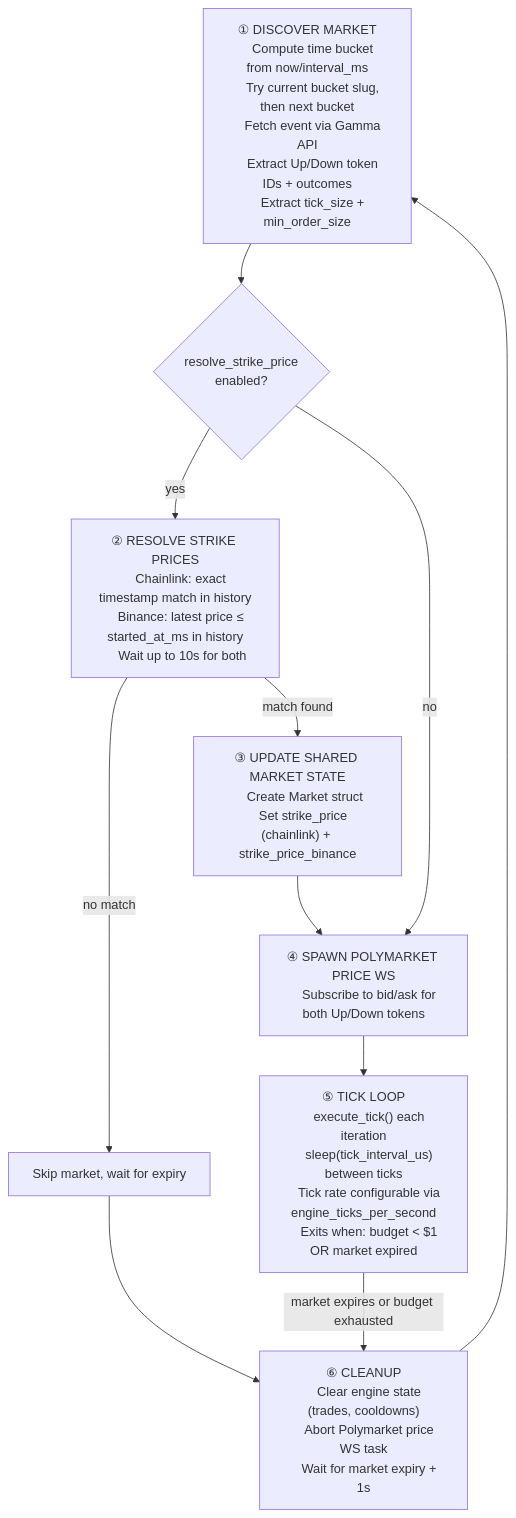
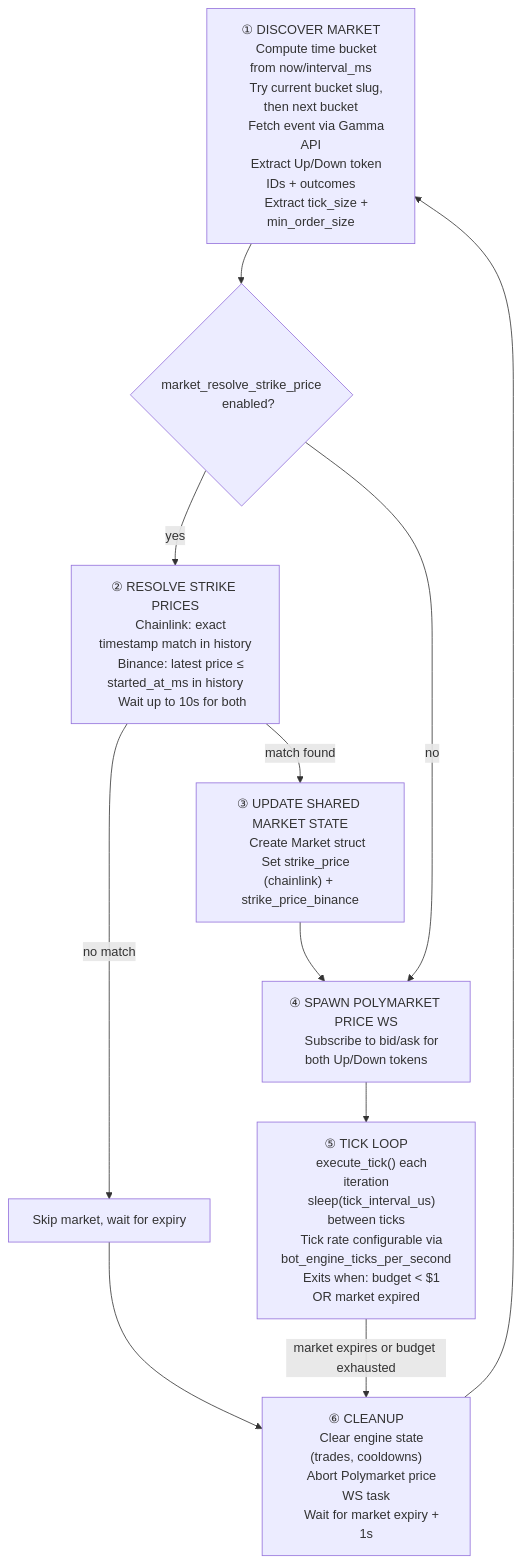
Before and after one commit to bbono/serekes: the second of 3 diagrams in docs/WORKFLOW.md, drawn with Mermaid. The commit also changed other lines of this file and 1 other file, not shown here.

````diff
--- a/docs/WORKFLOW.md
+++ b/docs/WORKFLOW.md
@@ -40,46 +45,46 @@
 ```mermaid
 flowchart TD
     S1["① DISCOVER MARKET
     Compute time bucket from now/interval_ms
     Try current bucket slug, then next bucket
     Fetch event via Gamma API
     Extract Up/Down token IDs + outcomes
     Extract tick_size + min_order_size"]
 
-    S2{"resolve_strike_price
+    S2{"market_resolve_strike_price
     enabled?"}
 
     S2a["② RESOLVE STRIKE PRICES
     Chainlink: exact timestamp match in history
     Binance: latest price ≤ started_at_ms in history
     Wait up to 10s for both"]
 
     S3["③ UPDATE SHARED MARKET STATE
     Create Market struct
     Set strike_price (chainlink) + strike_price_binance"]
 
     S4["④ SPAWN POLYMARKET PRICE WS
     Subscribe to bid/ask for both Up/Down tokens"]
 
     S5["⑤ TICK LOOP
     execute_tick() each iteration
     sleep(tick_interval_us) between ticks
-    Tick rate configurable via engine_ticks_per_second
+    Tick rate configurable via bot_engine_ticks_per_second
     Exits when: budget < $1 OR market expired"]
 
     S6["⑥ CLEANUP
     Clear engine state (trades, cooldowns)
     Abort Polymarket price WS task
     Wait for market expiry + 1s"]
 
     S1 --> S2
     S2 -->|yes| S2a
     S2a -->|no match| SKIP["Skip market, wait for expiry"]
     SKIP --> S6
     S2a -->|match found| S3
     S2 -->|no| S4
     S3 --> S4
     S4 --> S5
     S5 -->|market expires or budget exhausted| S6
     S6 --> S1
 ```
````
